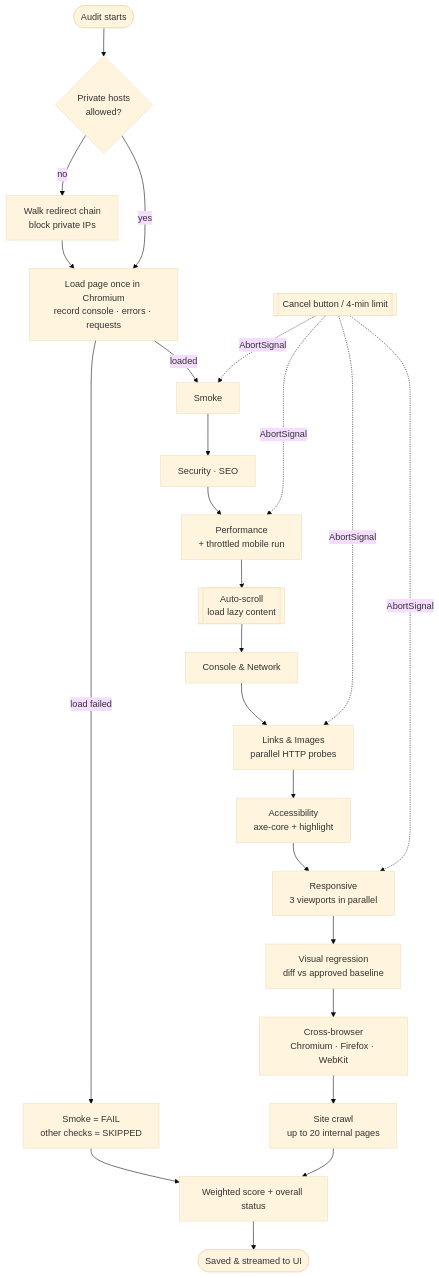
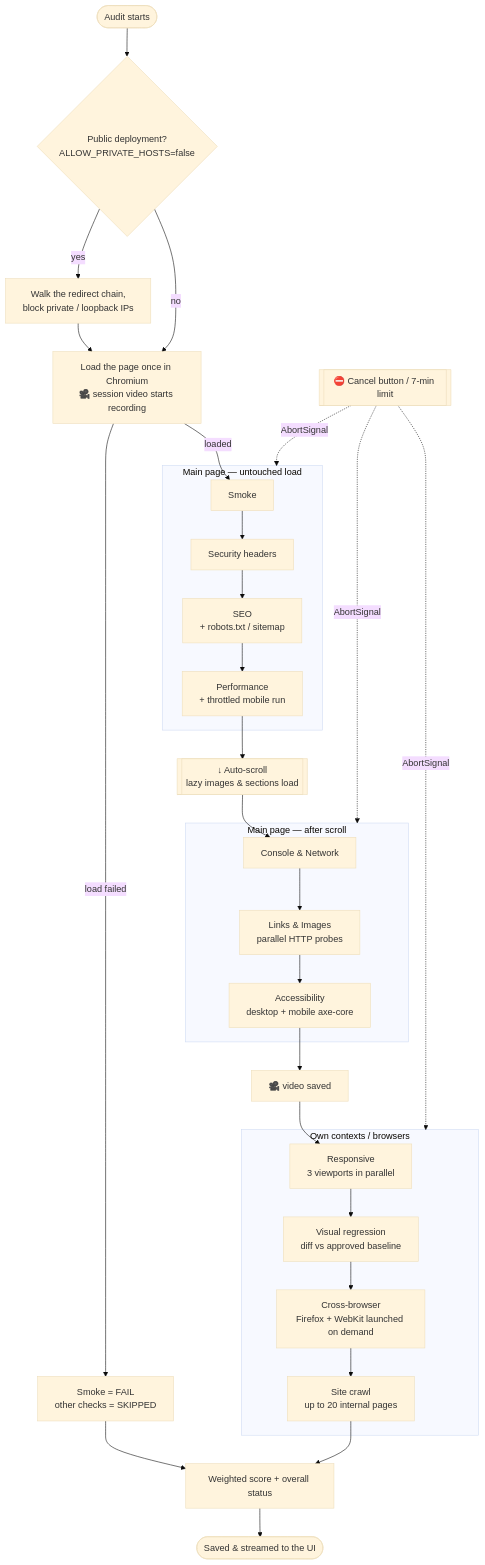
One commit to Pubudugunawardhana/PulseQA-Automated-Web-Auditing changed the third of 5 diagrams in README.md. Above: the diagram before and after it, drawn with Mermaid (base theme). The commit also changed other lines of this file and 3 other files, not shown here.

````diff
--- a/README.md
+++ b/README.md
@@ -136,17 +155,30 @@
 ```mermaid
 flowchart TD
-    S([Audit starts]) --> G{Private hosts<br/>allowed?}
-    G -- no --> R[Walk redirect chain<br/>block private IPs]
-    G -- yes --> L
-    R --> L[Load page once in Chromium<br/>record console · errors · requests]
+    S([Audit starts]) --> G{Public deployment?<br/>ALLOW_PRIVATE_HOSTS=false}
+    G -- yes --> R[Walk the redirect chain,<br/>block private / loopback IPs]
+    G -- no --> L
+    R --> L["Load the page once in Chromium<br/>🎥 session video starts recording"]
     L -->|load failed| X[Smoke = FAIL<br/>other checks = SKIPPED]
-    L -->|loaded| C1[Smoke] --> C3[Security · SEO] --> C4[Performance<br/>+ throttled mobile run]
-    C4 --> AS[[Auto-scroll<br/>load lazy content]] --> C2[Console & Network]
-    C2 --> C5[Links & Images<br/>parallel HTTP probes] --> C6[Accessibility<br/>axe-core + highlight] --> C7[Responsive<br/>3 viewports in parallel]
-    C7 --> C8[Visual regression<br/>diff vs approved baseline] --> C9[Cross-browser<br/>Chromium · Firefox · WebKit]
-    C9 --> CR[Site crawl<br/>up to 20 internal pages] --> SC[Weighted score + overall status]
+
+    subgraph Main["Main page — untouched load"]
+        C1[Smoke] --> C2[Security headers] --> C3[SEO<br/>+ robots.txt / sitemap] --> C4[Performance<br/>+ throttled mobile run]
+    end
+    L -->|loaded| C1
+    C4 --> AS[["↓ Auto-scroll<br/>lazy images & sections load"]]
+
+    subgraph Scrolled["Main page — after scroll"]
+        C5[Console & Network] --> C6[Links & Images<br/>parallel HTTP probes] --> C7[Accessibility<br/>desktop + mobile axe-core]
+    end
+    AS --> C5
+    C7 --> V["🎥 video saved"]
+
+    subgraph Own["Own contexts / browsers"]
+        C8[Responsive<br/>3 viewports in parallel] --> C9[Visual regression<br/>diff vs approved baseline] --> C10[Cross-browser<br/>Firefox + WebKit launched on demand] --> C11[Site crawl<br/>up to 20 internal pages]
+    end
+    V --> C8
+    C11 --> SC[Weighted score + overall status]
     X --> SC
-    SC --> DONE([Saved & streamed to UI])
+    SC --> DONE([Saved & streamed to the UI])
 
-    CAN[[Cancel button / 4-min limit]] -.->|AbortSignal| C1 & C4 & C5 & C7
+    CAN[["⛔ Cancel button / 7-min limit"]] -.->|AbortSignal| Main & Scrolled & Own
 ```
````
